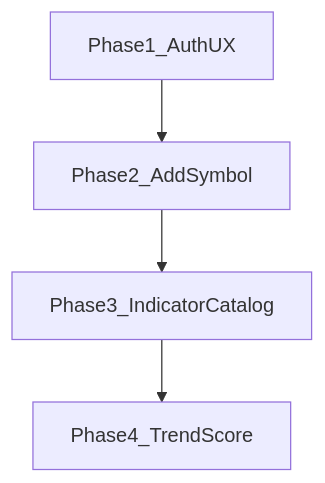
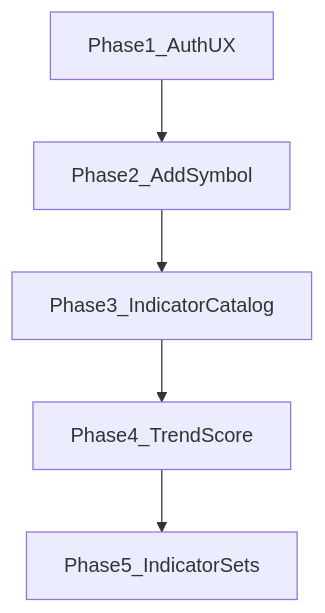
Before and after one commit to KenichiroArai/market-platform: the diagram in docs/roadmap/v0/v0.2/v0.2.0.md, drawn with Mermaid. The commit also changed other lines of this file and 40 other files, not shown here.

````diff
--- a/docs/roadmap/v0/v0.2/v0.2.0.md
+++ b/docs/roadmap/v0/v0.2/v0.2.0.md
@@ -5,8 +5,9 @@
 ```mermaid
 flowchart TB
   p1[Phase1_AuthUX]
   p2[Phase2_AddSymbol]
   p3[Phase3_IndicatorCatalog]
   p4[Phase4_TrendScore]
-  p1 --> p2 --> p3 --> p4
+  p5[Phase5_IndicatorSets]
+  p1 --> p2 --> p3 --> p4 --> p5
 ```
````
